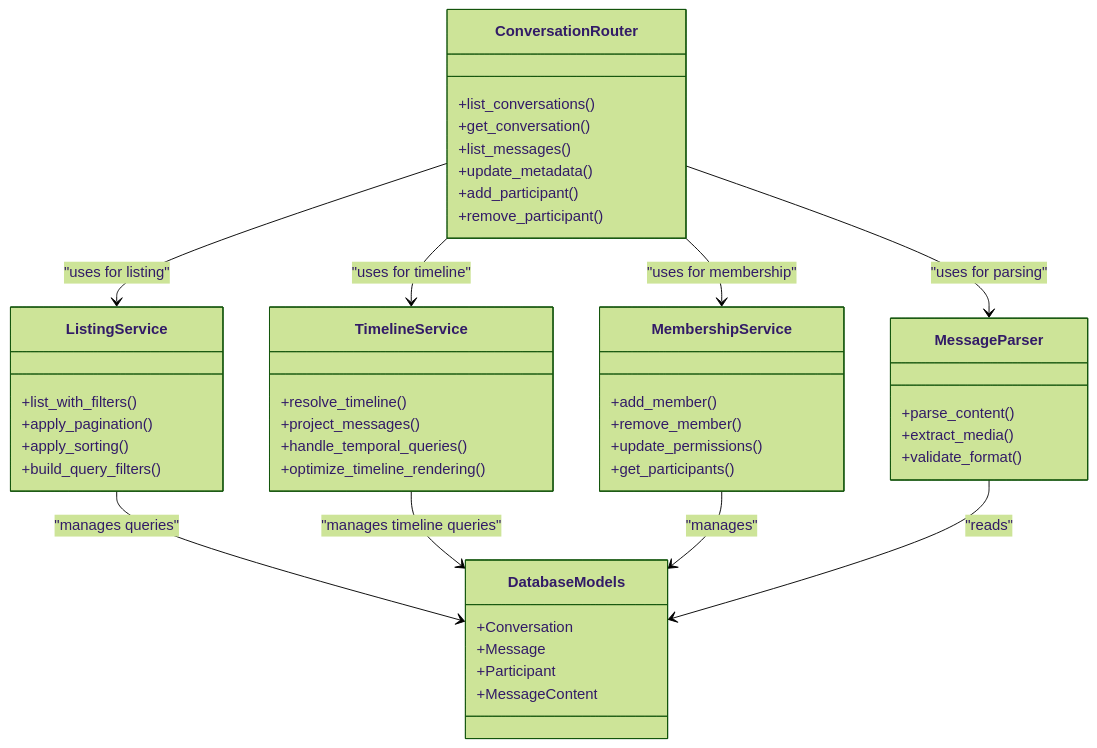
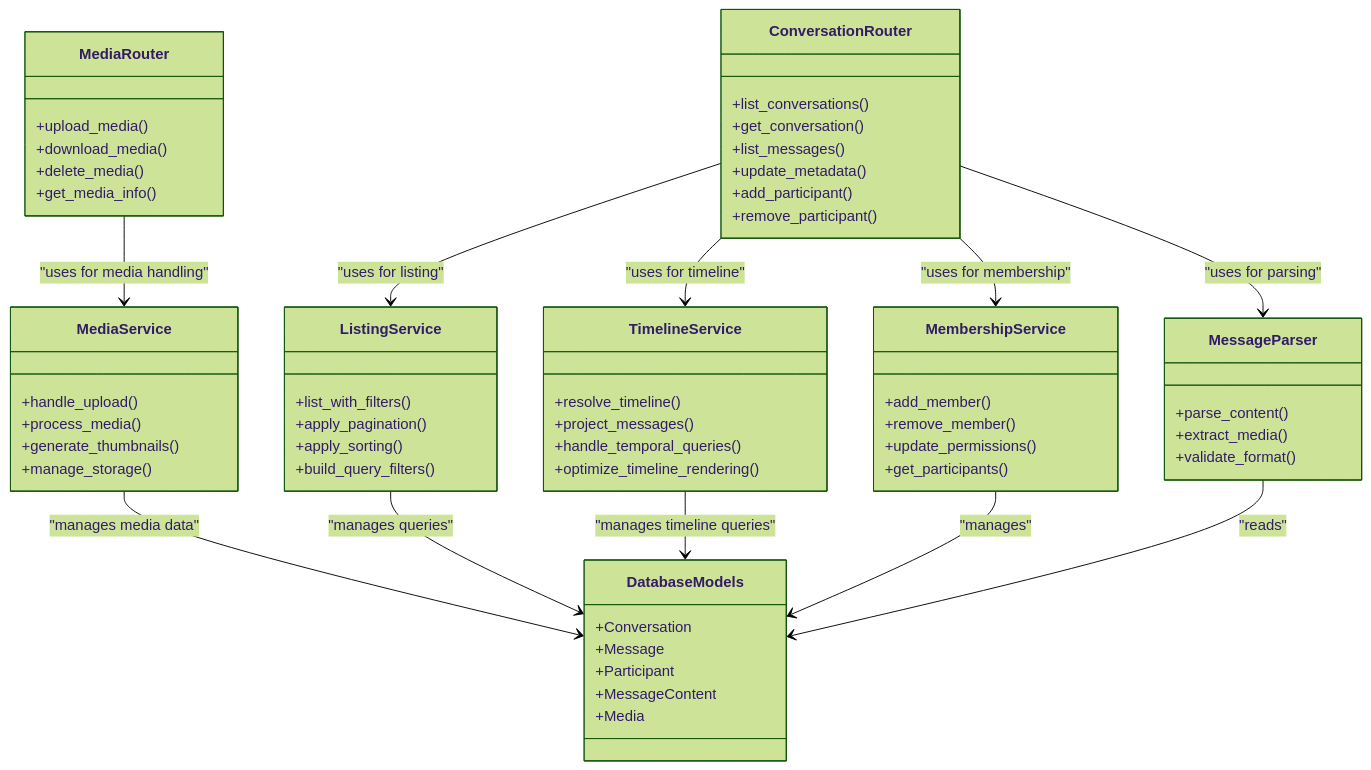
Before and after one commit to zuohaisu/wecom-archive: the third of 3 diagrams in .qoder/repowiki/en/content/API Reference/Conversations API.md, drawn with Mermaid (forest theme). The commit also changed other lines of this file and 84 other files, not shown here.

````diff
--- a/.qoder/repowiki/en/content/API Reference/Conversations API.md
+++ b/.qoder/repowiki/en/content/API Reference/Conversations API.md
@@ -295,48 +323,63 @@
 ```mermaid
 classDiagram
 class ConversationRouter {
 +list_conversations()
 +get_conversation()
 +list_messages()
 +update_metadata()
 +add_participant()
 +remove_participant()
+}
+class MediaRouter {
++upload_media()
++download_media()
++delete_media()
++get_media_info()
 }
 class ListingService {
 +list_with_filters()
 +apply_pagination()
 +apply_sorting()
 +build_query_filters()
 }
 class TimelineService {
 +resolve_timeline()
 +project_messages()
 +handle_temporal_queries()
 +optimize_timeline_rendering()
+}
+class MediaService {
++handle_upload()
++process_media()
++generate_thumbnails()
++manage_storage()
 }
 class MembershipService {
 +add_member()
 +remove_member()
 +update_permissions()
 +get_participants()
 }
 class MessageParser {
 +parse_content()
 +extract_media()
 +validate_format()
 }
 class DatabaseModels {
 +Conversation
 +Message
 +Participant
 +MessageContent
++Media
 }
 ConversationRouter --> ListingService : "uses for listing"
 ConversationRouter --> TimelineService : "uses for timeline"
 ConversationRouter --> MembershipService : "uses for membership"
 ConversationRouter --> MessageParser : "uses for parsing"
+MediaRouter --> MediaService : "uses for media handling"
+MediaService --> DatabaseModels : "manages media data"
 ListingService --> DatabaseModels : "manages queries"
 TimelineService --> DatabaseModels : "manages timeline queries"
 MembershipService --> DatabaseModels : "manages"
 MessageParser --> DatabaseModels : "reads"
 ```
````
